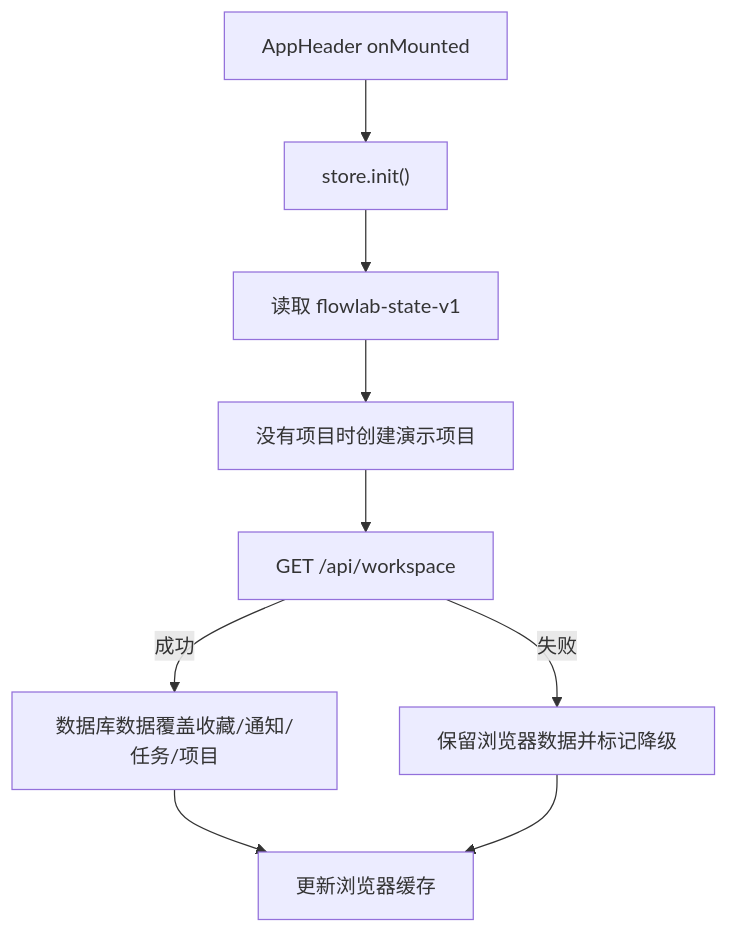
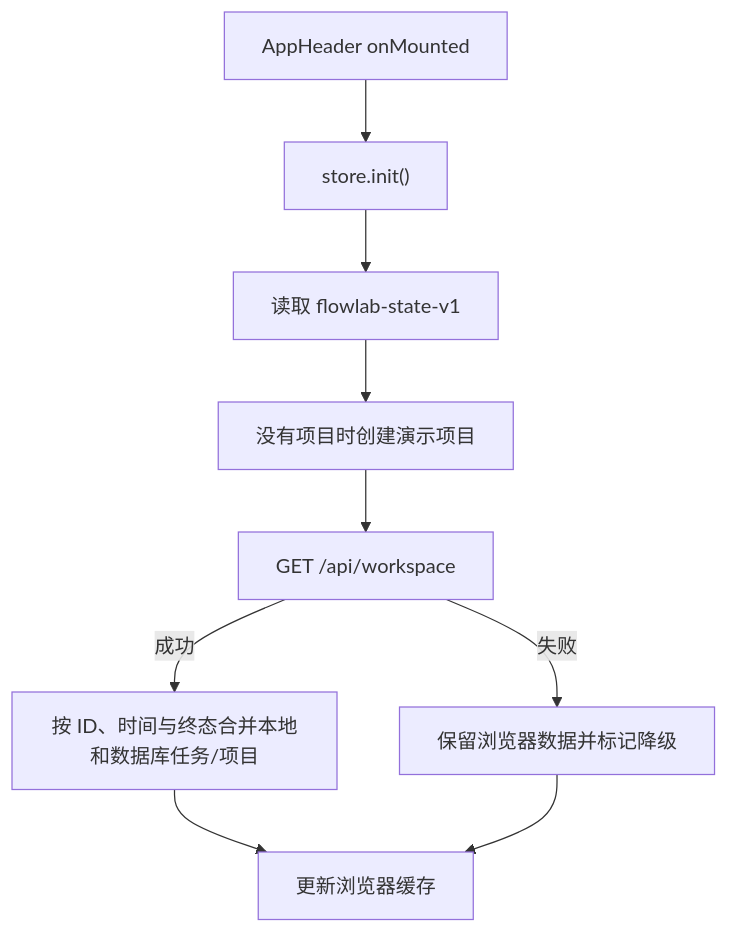
One commit to D-cheney/cfdsolve changed the fourth of 4 diagrams in docs/SITE_LOGIC_AND_FEATURES.md. Above: the diagram before and after it, drawn with Mermaid. The commit also changed other lines of this file and 11106 other files, not shown here.

````diff
--- a/docs/SITE_LOGIC_AND_FEATURES.md
+++ b/docs/SITE_LOGIC_AND_FEATURES.md
@@ -454,11 +468,11 @@
 ```mermaid
 flowchart TD
   A["AppHeader onMounted"] --> B["store.init()"]
   B --> C["读取 flowlab-state-v1"]
   C --> D["没有项目时创建演示项目"]
   D --> E["GET /api/workspace"]
-  E -->|成功| F["数据库数据覆盖收藏/通知/任务/项目"]
+  E -->|成功| F["按 ID、时间与终态合并本地和数据库任务/项目"]
   E -->|失败| G["保留浏览器数据并标记降级"]
   F --> H["更新浏览器缓存"]
   G --> H
 ```
````
